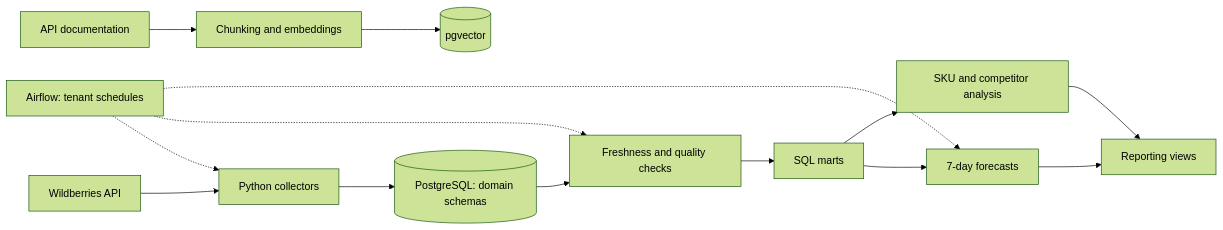
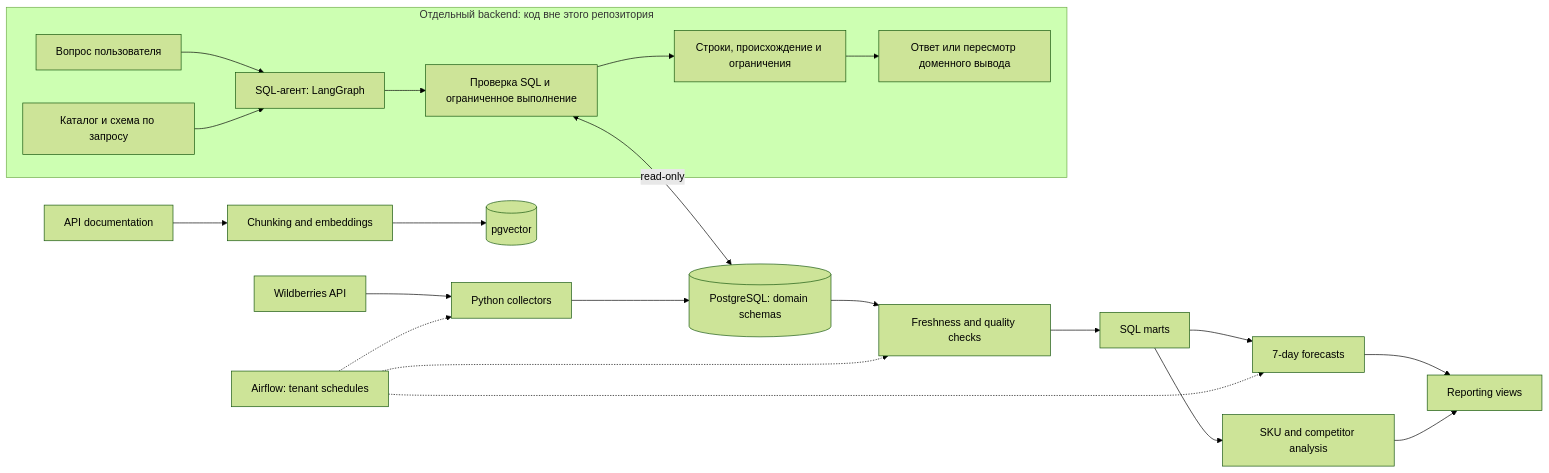
The diagram in README.md (semenovjenya/ETL-WB-portfolio), drawn with Mermaid (forest theme) before and after one commit. The commit also changed other lines of this file and 2 other files, not shown here.

Commit message:
docs: document SQL agent integration and ETL architecture

````diff
--- a/README.md
+++ b/README.md
@@ -23,16 +26,24 @@
 ```mermaid
 flowchart LR
     WB[Wildberries API] --> ETL[Python collectors]
     ETL --> PG[(PostgreSQL: domain schemas)]
     PG --> QA[Freshness and quality checks]
     QA --> M[SQL marts]
     M --> ML[7-day forecasts]
     M --> AI[SKU and competitor analysis]
     ML --> R[Reporting views]
     AI --> R
     AF[Airflow: tenant schedules] -.-> ETL
     AF -.-> QA
     AF -.-> ML
     DOC[API documentation] --> EMB[Chunking and embeddings]
     EMB --> V[(pgvector)]
+    subgraph BACKEND["Отдельный backend: код вне этого репозитория"]
+        Q["Вопрос пользователя"] --> SQLA["SQL-агент: LangGraph"]
+        CAT["Каталог и схема по запросу"] --> SQLA
+        SQLA --> EXEC["Проверка SQL и ограниченное выполнение"]
+        EXEC --> RESULT["Строки, происхождение и ограничения"]
+        RESULT --> OUT["Ответ или пересмотр доменного вывода"]
+    end
+    EXEC <-->|read-only| PG
 ```
````
